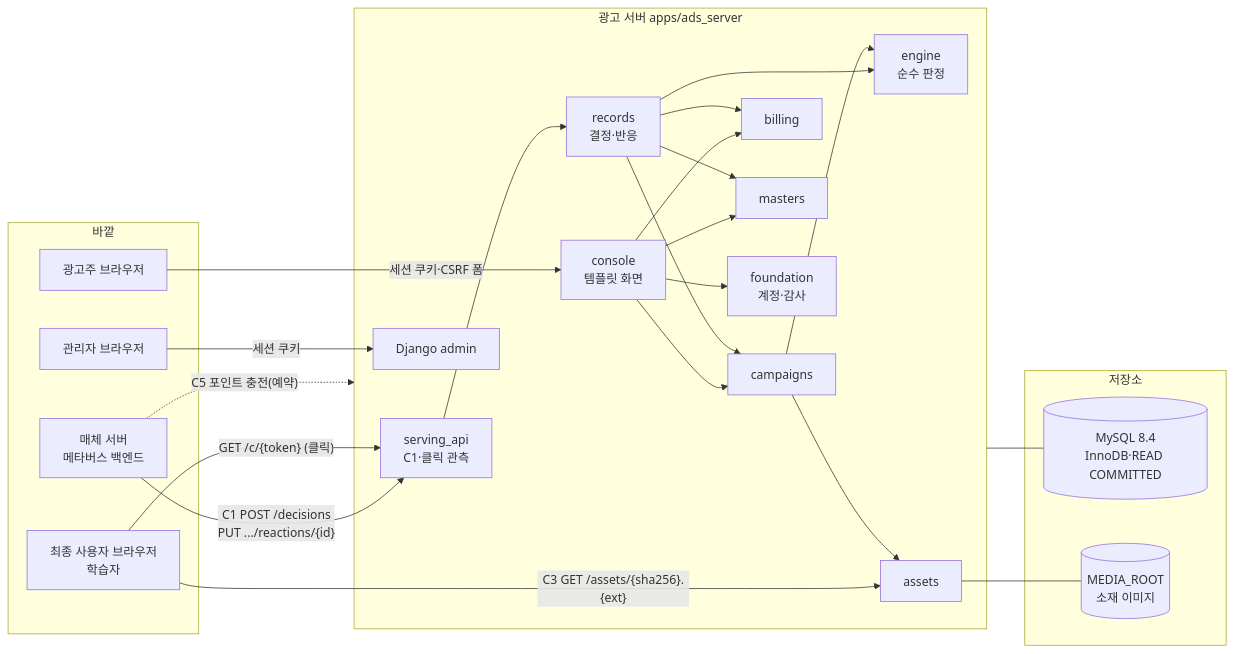
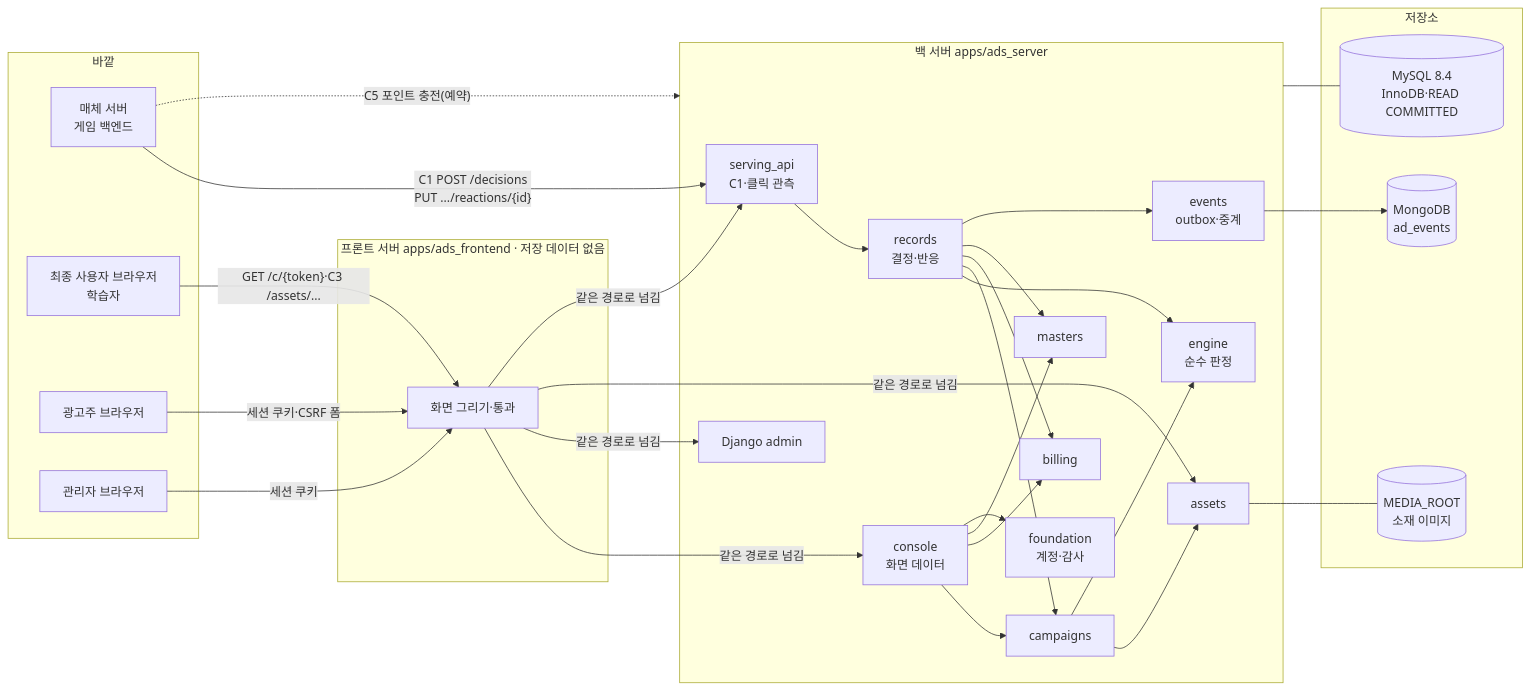
The first of 7 diagrams in docs/ads-server/ads-server-drd.md (encore-ai-campus/mlo-01-p3-team2), drawn with Mermaid before and after one commit. The commit also changed other lines of this file and 2 other files, not shown here.

````diff
--- a/docs/ads-server/ads-server-drd.md
+++ b/docs/ads-server/ads-server-drd.md
@@ -87,41 +75,48 @@
 ```mermaid
 flowchart LR
     subgraph EXT[바깥]
-        MEDIA[매체 서버<br/>메타버스 백엔드]
+        MEDIA[매체 서버<br/>게임 백엔드]
         USER[최종 사용자 브라우저<br/>학습자]
         ADV[광고주 브라우저]
         ADMIN[관리자 브라우저]
     end
 
-    subgraph ADS[광고 서버 apps/ads_server]
+    subgraph FRONT[프론트 서버 apps/ads_frontend · 저장 데이터 없음]
+        FE[화면 그리기·통과]
+    end
+
+    subgraph ADS[백 서버 apps/ads_server]
         SAPI[serving_api<br/>C1·클릭 관측]
-        CON[console<br/>템플릿 화면]
+        CON[console<br/>화면 데이터]
         DJA[Django admin]
         REC[records<br/>결정·반응]
         CAM[campaigns]
         BIL[billing]
         MAS[masters]
         ENG[engine<br/>순수 판정]
         AST[assets]
+        EVT[events<br/>outbox·중계]
         FND[foundation<br/>계정·감사]
     end
 
     subgraph STORE[저장소]
         DB[(MySQL 8.4<br/>InnoDB·READ COMMITTED)]
         FILES[(MEDIA_ROOT<br/>소재 이미지)]
+        MONGO[(MongoDB<br/>ad_events)]
     end
 
     MEDIA -- "C1 POST /decisions<br/>PUT .../reactions/{id}" --> SAPI
-    USER -- "GET /c/{token} (클릭)" --> SAPI
-    USER -- "C3 GET /assets/{sha256}.{ext}" --> AST
-    ADV -- "세션 쿠키·CSRF 폼" --> CON
-    ADMIN -- "세션 쿠키" --> DJA
+    USER -- "GET /c/{token}·C3 /assets/..." --> FE
+    ADV -- "세션 쿠키·CSRF 폼" --> FE
+    ADMIN -- "세션 쿠키" --> FE
+    FE -- "같은 경로로 넘김" --> CON & DJA & AST & SAPI
     MEDIA -. "C5 포인트 충전(예약)" .-> ADS
 
     SAPI --> REC
     CON --> CAM & BIL & MAS & FND
-    REC --> ENG & CAM & BIL & MAS
+    REC --> ENG & CAM & BIL & MAS & EVT
     CAM --> AST & ENG
     ADS --- DB
     AST --- FILES
+    EVT --> MONGO
 ```
````
